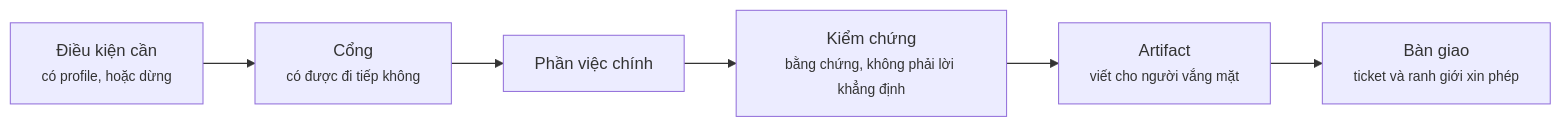
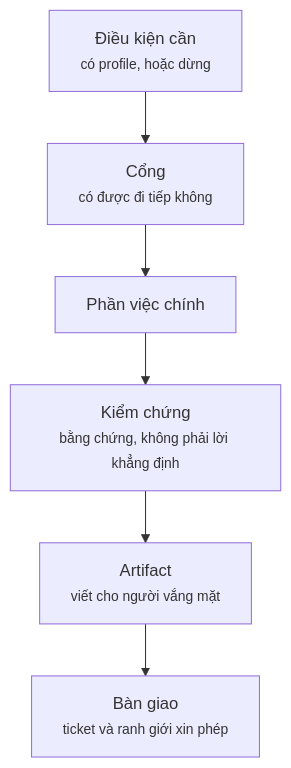
Before and after one commit to lamngockhuong/aiteamkit: the first of 2 diagrams in docs/vi/flow/skill-lifecycle.md, drawn with Mermaid. The commit also changed 14 other files, not shown here.

````diff
--- a/docs/vi/flow/skill-lifecycle.md
+++ b/docs/vi/flow/skill-lifecycle.md
@@ -34,8 +34,8 @@
 ```mermaid
-flowchart LR
+flowchart TD
     S0["Điều kiện cần<br/><small>có profile, hoặc dừng</small>"] --> S1["Cổng<br/><small>có được đi tiếp không</small>"]
     S1 --> S2["Phần việc chính"]
     S2 --> S3["Kiểm chứng<br/><small>bằng chứng, không phải lời khẳng định</small>"]
     S3 --> S4["Artifact<br/><small>viết cho người vắng mặt</small>"]
     S4 --> S5["Bàn giao<br/><small>ticket và ranh giới xin phép</small>"]
 ```
````
